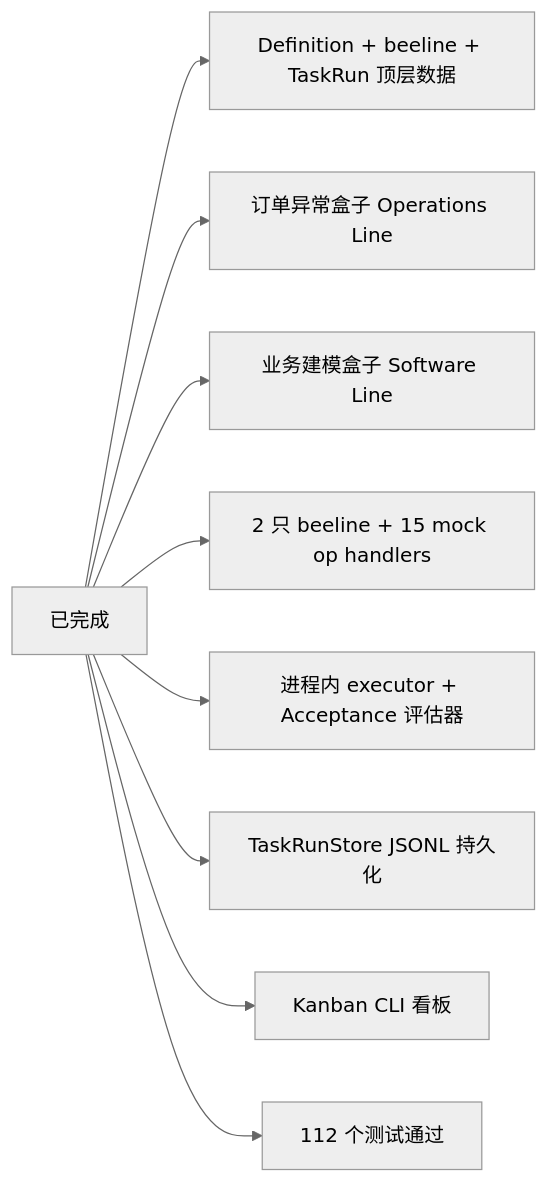
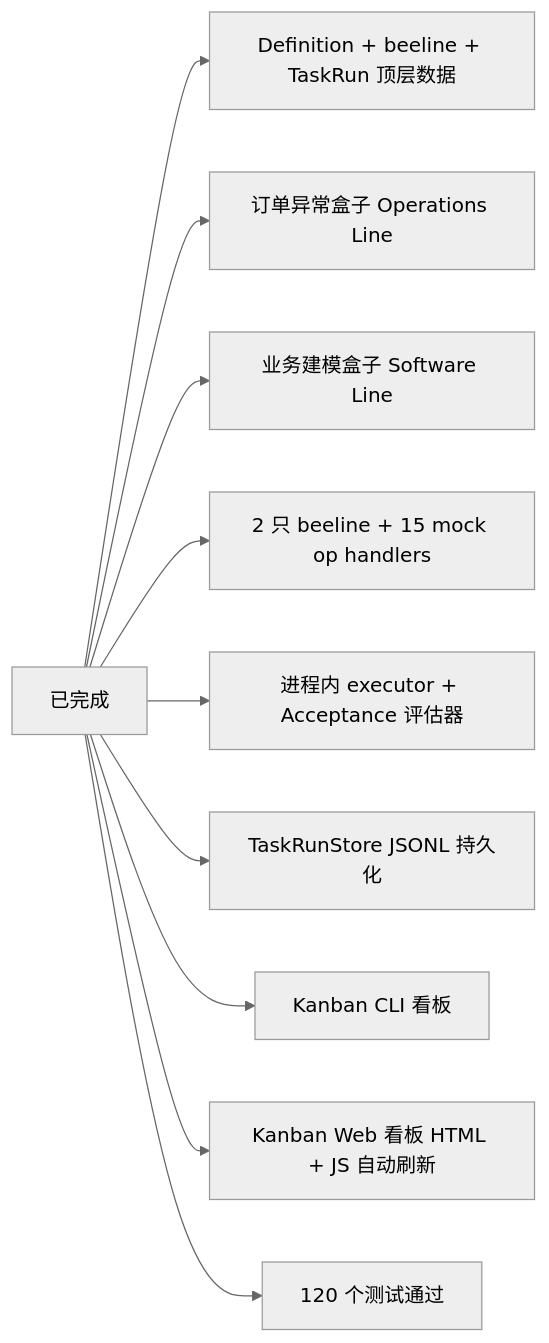
Before and after one commit to chehuizi/beeOS: the second of 2 diagrams in README.md, drawn with Mermaid (neutral theme). The commit also changed other lines of this file and 3 other files, not shown here.

First line of the commit message:
feat(kanban): Kanban Web 版（HTML + JS 自动刷新 + JSON API）

````diff
--- a/README.md
+++ b/README.md
@@ -98,12 +101,13 @@
 ```mermaid
 flowchart LR
     Done[已完成]
     Done --> S1[Definition + beeline + TaskRun 顶层数据]
     Done --> S2[订单异常盒子 Operations Line]
     Done --> S3[业务建模盒子 Software Line]
     Done --> S4[2 只 beeline + 15 mock op handlers]
     Done --> S5[进程内 executor + Acceptance 评估器]
     Done --> S6[TaskRunStore JSONL 持久化]
     Done --> S7[Kanban CLI 看板]
-    Done --> S8[112 个测试通过]
+    Done --> S8[Kanban Web 看板 HTML + JS 自动刷新]
+    Done --> S9[120 个测试通过]
 ```
````
